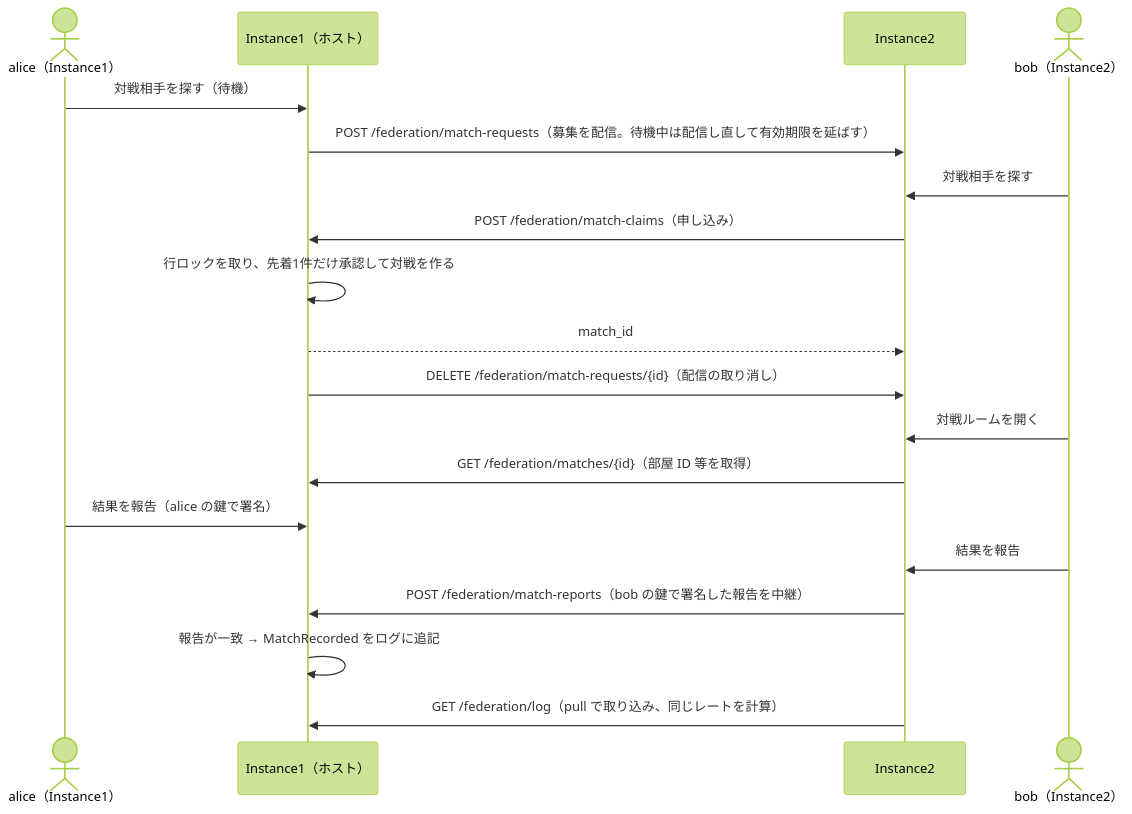
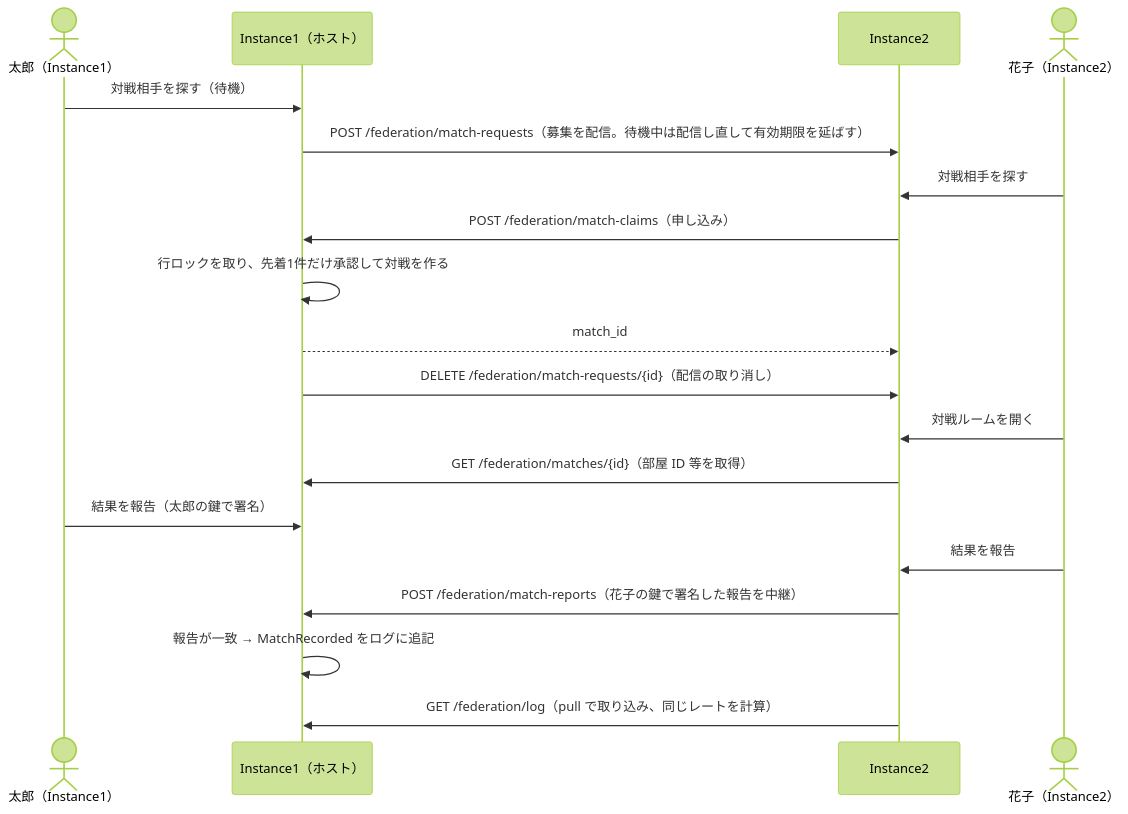
Before and after one commit to tacky0612/smash-hub: the second of 2 diagrams in docs/architecture/federation.md, drawn with Mermaid (forest theme). The commit also changed other lines of this file and 81 other files, not shown here.

````diff
--- a/docs/architecture/federation.md
+++ b/docs/architecture/federation.md
@@ -371,21 +371,21 @@
 ```mermaid
 sequenceDiagram
-  actor A as alice（Instance1）
+  actor A as 太郎（Instance1）
   participant I1 as Instance1（ホスト）
   participant I2 as Instance2
-  actor B as bob（Instance2）
+  actor B as 花子（Instance2）
   A->>I1: 対戦相手を探す（待機）
   I1->>I2: POST /federation/match-requests（募集を配信。待機中は配信し直して有効期限を延ばす）
   B->>I2: 対戦相手を探す
   I2->>I1: POST /federation/match-claims（申し込み）
   I1->>I1: 行ロックを取り、先着1件だけ承認して対戦を作る
   I1-->>I2: match_id
   I1->>I2: DELETE /federation/match-requests/{id}（配信の取り消し）
   B->>I2: 対戦ルームを開く
   I2->>I1: GET /federation/matches/{id}（部屋 ID 等を取得）
-  A->>I1: 結果を報告（alice の鍵で署名）
+  A->>I1: 結果を報告（太郎の鍵で署名）
   B->>I2: 結果を報告
-  I2->>I1: POST /federation/match-reports（bob の鍵で署名した報告を中継）
+  I2->>I1: POST /federation/match-reports（花子の鍵で署名した報告を中継）
   I1->>I1: 報告が一致 → MatchRecorded をログに追記
   I2->>I1: GET /federation/log（pull で取り込み、同じレートを計算）
 ```
````
